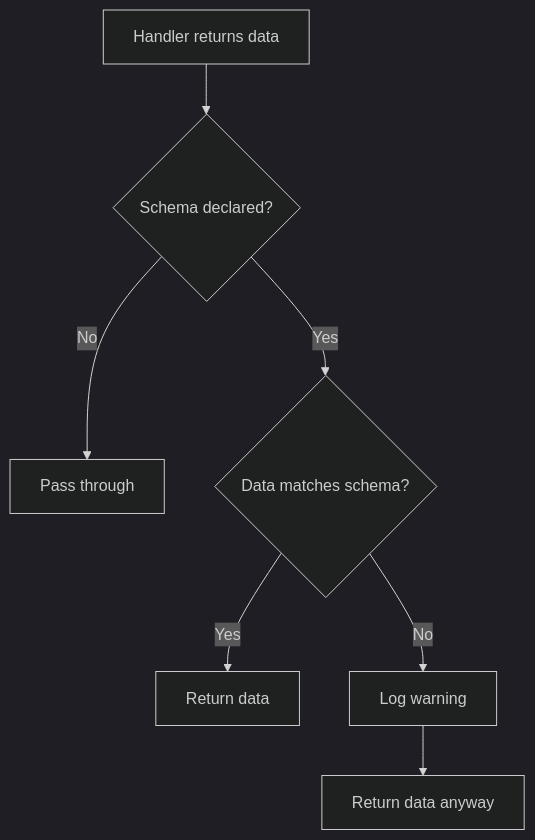
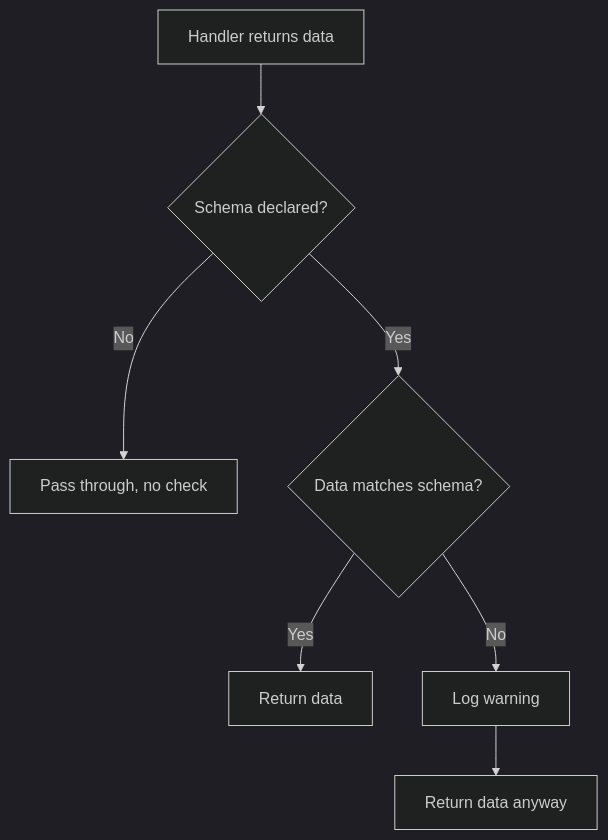
The third of 3 diagrams in src/content/docs/specification/output-schema.md (FlowMCP/flowmcp.github.io), drawn with Mermaid (dark theme) before and after one commit. The commit also changed other lines of this file and 45 other files, not shown here.

````diff
--- a/src/content/docs/specification/output-schema.md
+++ b/src/content/docs/specification/output-schema.md
@@ -184,9 +511,9 @@
 ```mermaid
 flowchart TD
     A[Handler returns data] --> B{Schema declared?}
-    B -->|No| C[Pass through]
+    B -->|No| C[Pass through, no check]
     B -->|Yes| D{Data matches schema?}
     D -->|Yes| E[Return data]
     D -->|No| F[Log warning]
     F --> G[Return data anyway]
 ```
````
